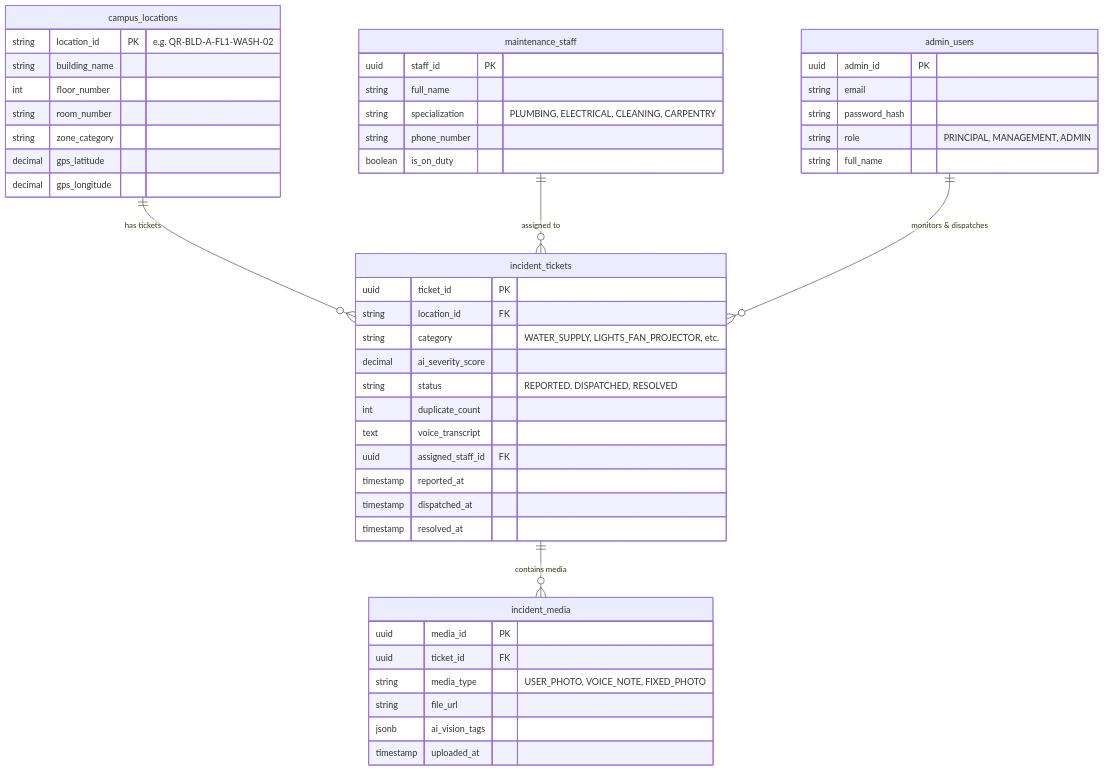
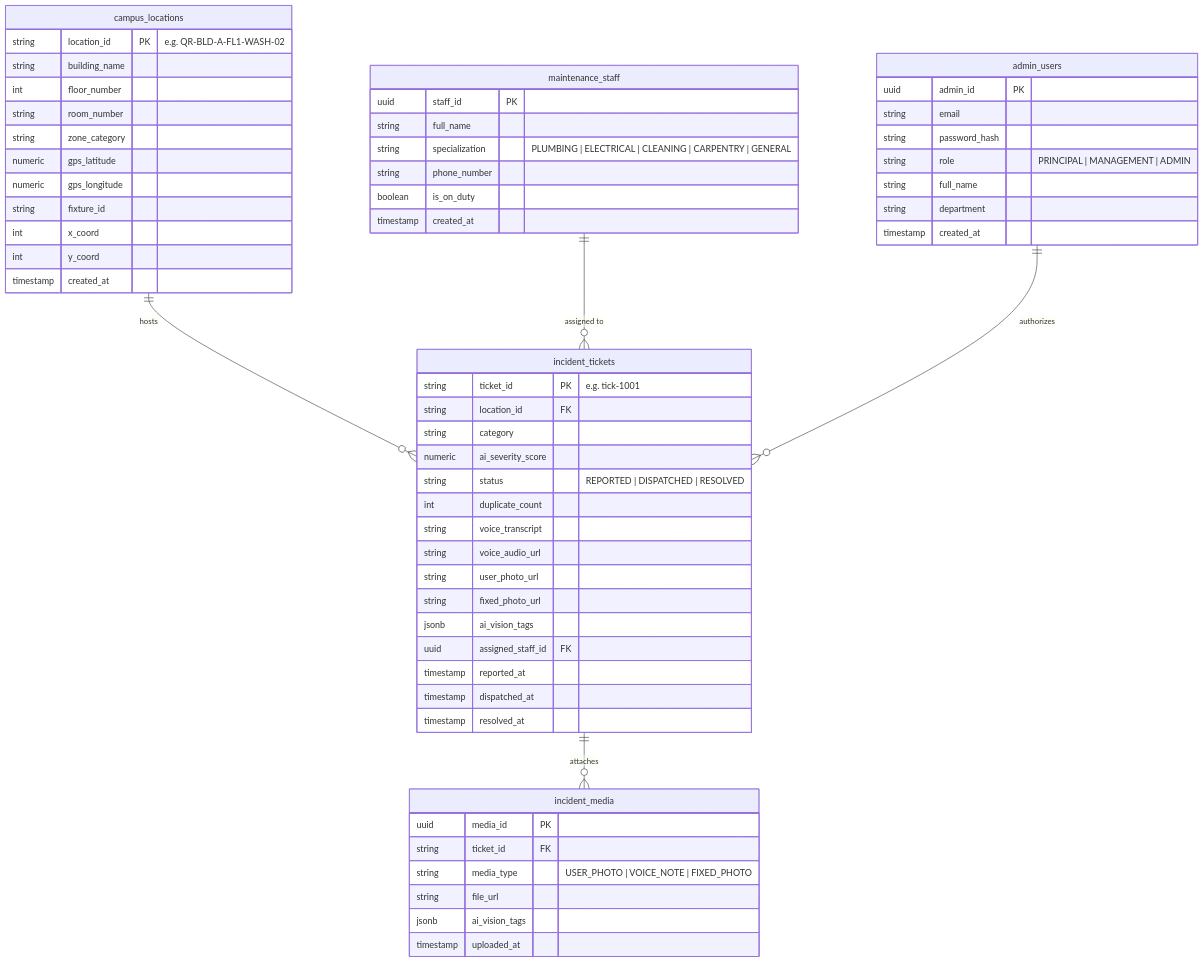
The second of 2 diagrams in campus-guard/ARCHITECTURE.md (sharath3221/campus-issue-reporter), drawn with Mermaid before and after one commit. The commit also changed other lines of this file and 7 other files, not shown here.

Commit message:
docs: comprehensive update to architecture, progress, project context, and README

````diff
--- a/campus-guard/ARCHITECTURE.md
+++ b/campus-guard/ARCHITECTURE.md
@@ -69,56 +124,67 @@
 ```mermaid
 erDiagram
-    campus_locations ||--o{ incident_tickets : "has tickets"
-    incident_tickets ||--o{ incident_media : "contains media"
+    campus_locations ||--o{ incident_tickets : "hosts"
+    incident_tickets ||--o{ incident_media : "attaches"
     maintenance_staff ||--o{ incident_tickets : "assigned to"
-    admin_users ||--o{ incident_tickets : "monitors & dispatches"
+    admin_users ||--o{ incident_tickets : "authorizes"
 
     campus_locations {
         string location_id PK "e.g. QR-BLD-A-FL1-WASH-02"
         string building_name
         int floor_number
         string room_number
         string zone_category
-        decimal gps_latitude
-        decimal gps_longitude
+        numeric gps_latitude
+        numeric gps_longitude
+        string fixture_id
+        int x_coord
+        int y_coord
+        timestamp created_at
     }
 
     incident_tickets {
-        uuid ticket_id PK
+        string ticket_id PK "e.g. tick-1001"
         string location_id FK
-        string category "WATER_SUPPLY, LIGHTS_FAN_PROJECTOR, etc."
-        decimal ai_severity_score
-        string status "REPORTED, DISPATCHED, RESOLVED"
+        string category
+        numeric ai_severity_score
+        string status "REPORTED | DISPATCHED | RESOLVED"
         int duplicate_count
-        text voice_transcript
+        string voice_transcript
+        string voice_audio_url
+        string user_photo_url
+        string fixed_photo_url
+        jsonb ai_vision_tags
         uuid assigned_staff_id FK
         timestamp reported_at
         timestamp dispatched_at
         timestamp resolved_at
     }
 
     incident_media {
         uuid media_id PK
-        uuid ticket_id FK
-        string media_type "USER_PHOTO, VOICE_NOTE, FIXED_PHOTO"
+        string ticket_id FK
+        string media_type "USER_PHOTO | VOICE_NOTE | FIXED_PHOTO"
         string file_url
         jsonb ai_vision_tags
         timestamp uploaded_at
+    }
+
+    maintenance_staff {
+        uuid staff_id PK
+        string full_name
+        string specialization "PLUMBING | ELECTRICAL | CLEANING | CARPENTRY | GENERAL"
+        string phone_number
+        boolean is_on_duty
+        timestamp created_at
     }
 
     admin_users {
         uuid admin_id PK
         string email
         string password_hash
-        string role "PRINCIPAL, MANAGEMENT, ADMIN"
+        string role "PRINCIPAL | MANAGEMENT | ADMIN"
         string full_name
-    }
-
-    maintenance_staff {
-        uuid staff_id PK
-        string full_name
-        string specialization "PLUMBING, ELECTRICAL, CLEANING, CARPENTRY"
-        string phone_number
-        boolean is_on_duty
+        string department
+        timestamp created_at
     }
 ```
````
